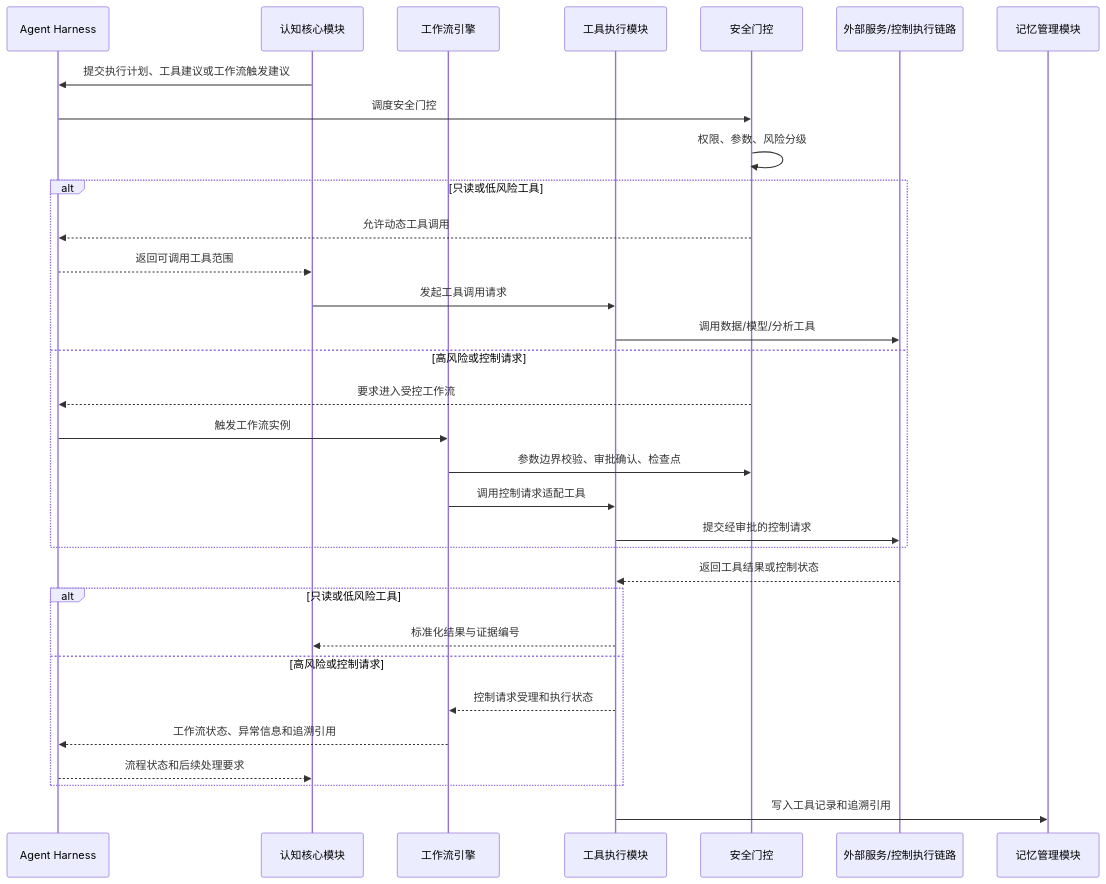
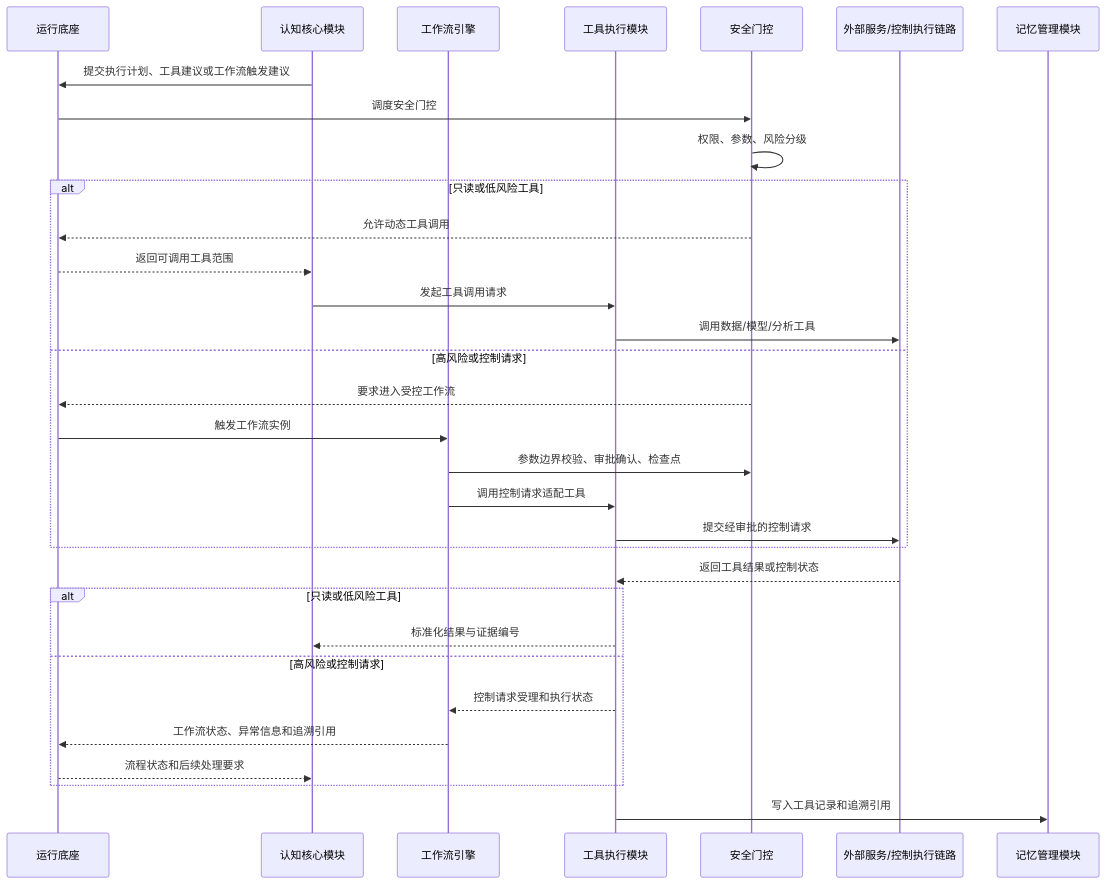
The sixth of 7 diagrams in radar agent/4.3.3.2 LD智能体子系统技术方案.md (StormSeven1/obsidian-vault), drawn with Mermaid before and after one commit. The commit also changed other lines of this file, not shown here.

````diff
--- a/radar agent/4.3.3.2 LD智能体子系统技术方案.md
+++ b/radar agent/4.3.3.2 LD智能体子系统技术方案.md
@@ -430,35 +430,35 @@
 ```mermaid
 sequenceDiagram
-    participant H as Agent Harness
+    participant H as 运行底座
     participant C as 认知核心模块
     participant W as 工作流引擎
     participant T as 工具执行模块
     participant G as 安全门控
     participant R as 外部服务/控制执行链路
     participant M as 记忆管理模块
 
     C->>H: 提交执行计划、工具建议或工作流触发建议
     H->>G: 调度安全门控
     G->>G: 权限、参数、风险分级
     alt 只读或低风险工具
         G-->>H: 允许动态工具调用
         H-->>C: 返回可调用工具范围
         C->>T: 发起工具调用请求
         T->>R: 调用数据/模型/分析工具
     else 高风险或控制请求
         G-->>H: 要求进入受控工作流
         H->>W: 触发工作流实例
         W->>G: 参数边界校验、审批确认、检查点
         W->>T: 调用控制请求适配工具
         T->>R: 提交经审批的控制请求
     end
     R-->>T: 返回工具结果或控制状态
     alt 只读或低风险工具
         T-->>C: 标准化结果与证据编号
     else 高风险或控制请求
         T-->>W: 控制请求受理和执行状态
         W-->>H: 工作流状态、异常信息和追溯引用
         H-->>C: 流程状态和后续处理要求
     end
     T->>M: 写入工具记录和追溯引用
 ```
````
